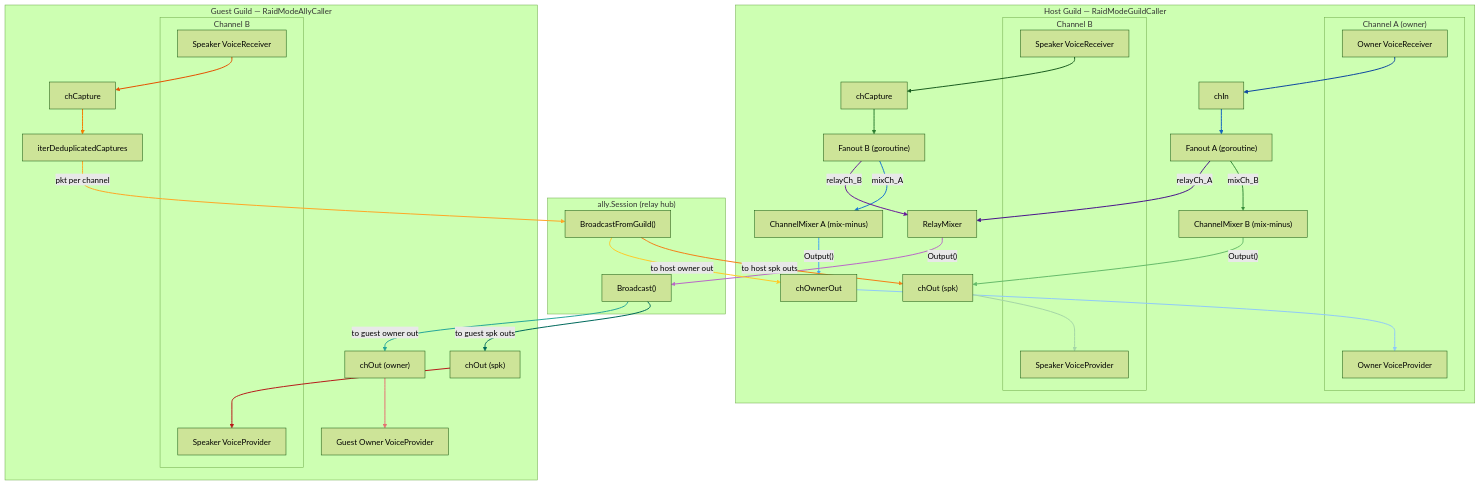
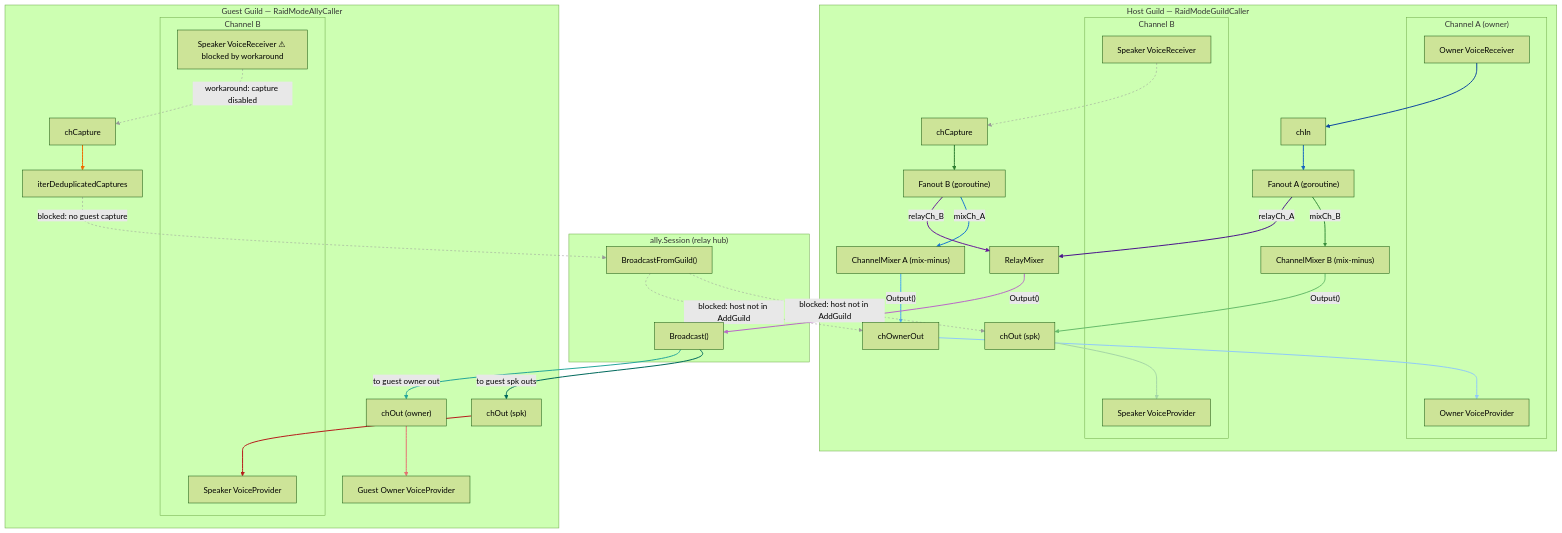
The third of 3 diagrams in VOICE_FLOW.md (sealbro/go-discord-caller), drawn with Mermaid (forest theme) before and after one commit. The commit also changed other lines of this file, not shown here.

Commit message:
docs: update voice flow

```diff
--- a/VOICE_FLOW.md
+++ b/VOICE_FLOW.md
@@ -281,7 +289,7 @@
 
     subgraph GUEST["Guest Guild — RaidModeAllyCaller"]
         subgraph GChB["Channel B"]
-            GSpkVR["Speaker VoiceReceiver"]
+            GSpkVR["Speaker VoiceReceiver ⚠ blocked by workaround"]
             GSpkVP["Speaker VoiceProvider"]
         end
         GOwnerVP["Guest Owner VoiceProvider"]
@@ -291,40 +299,41 @@
         GchOut["chOut (spk)"]
         GchOwnerOut["chOut (owner)"]
 
-        GSpkVR --> GchCap --> GDedup
+        GSpkVR -. "workaround: capture disabled" .-> GchCap
+        GchCap --> GDedup
         GchOut      --> GSpkVP
         GchOwnerOut --> GOwnerVP
     end
 
-    GDedup        -- "pkt per channel"    --> BroadcastFrom
+    GDedup        -. "blocked: no guest capture" .-> BroadcastFrom
     Broadcast     -- "to guest spk outs"  --> GchOut
     Broadcast     -- "to guest owner out" --> GchOwnerOut
-    BroadcastFrom -- "to host spk outs"   --> HchOut
-    BroadcastFrom -- "to host owner out"  --> HchOwnerOut
+    BroadcastFrom -. "blocked: host not in AddGuild" .-> HchOut
+    BroadcastFrom -. "blocked: host not in AddGuild" .-> HchOwnerOut
 
     %% link indices:
     %%  0  : HOwnerVR → HchIn
     %%  1  : HchIn → HFanA
-    %%  2  : HSpkVR → HchCap
+    %%  2  : HSpkVR → HchCap         (dashed — workaround)
     %%  3  : HchCap → HFanB
-    %%  4  : HFanA → HMixB          (Ch A src → Ch B mixer)
+    %%  4  : HFanA → HMixB
     %%  5  : HFanA → HRelayMix
-    %%  6  : HFanB → HMixA          (Ch B src → Ch A mixer)
+    %%  6  : HFanB → HMixA
     %%  7  : HFanB → HRelayMix
     %%  8  : HMixA → HchOwnerOut
     %%  9  : HchOwnerOut → HOwnerVP
     %%  10 : HMixB → HchOut
     %%  11 : HchOut → HSpkVP
     %%  12 : HRelayMix → Broadcast
-    %%  13 : GSpkVR → GchCap
+    %%  13 : GSpkVR → GchCap         (dashed — workaround)
     %%  14 : GchCap → GDedup
     %%  15 : GchOut → GSpkVP
     %%  16 : GchOwnerOut → GOwnerVP
-    %%  17 : GDedup → BroadcastFrom
+    %%  17 : GDedup → BroadcastFrom  (dashed — blocked)
     %%  18 : Broadcast → GchOut
     %%  19 : Broadcast → GchOwnerOut
-    %%  20 : BroadcastFrom → HchOut
-    %%  21 : BroadcastFrom → HchOwnerOut
+    %%  20 : BroadcastFrom → HchOut  (dashed — blocked)
+    %%  21 : BroadcastFrom → HchOwnerOut (dashed — blocked)
 
     %% Host Ch A (owner) — blue shades, dark→light
     linkStyle 0  stroke:#0d47a1,stroke-width:2px
@@ -334,7 +343,6 @@
     linkStyle 9  stroke:#90caf9,stroke-width:2px
 
     %% Host Ch B (speaker) — green shades, dark→light
-    linkStyle 2  stroke:#1b5e20,stroke-width:2px
     linkStyle 3  stroke:#2e7d32,stroke-width:2px
     linkStyle 4  stroke:#388e3c,stroke-width:2px
     linkStyle 10 stroke:#66bb6a,stroke-width:2px
@@ -345,18 +353,19 @@
     linkStyle 7  stroke:#6a1b9a,stroke-width:2px
     linkStyle 12 stroke:#ba68c8,stroke-width:2px
 
-    %% Guest capture path — orange shades, dark→light
-    linkStyle 13 stroke:#e65100,stroke-width:2px
-    linkStyle 14 stroke:#f57c00,stroke-width:2px
-    linkStyle 17 stroke:#ffa726,stroke-width:2px
+    %% Guest capture path (blocked) — grey dashed
+    linkStyle 2  stroke:#999,stroke-width:1px,stroke-dasharray:4
+    linkStyle 13 stroke:#999,stroke-width:1px,stroke-dasharray:4
+    linkStyle 14 stroke:#ef6c00,stroke-width:2px
+    linkStyle 17 stroke:#999,stroke-width:1px,stroke-dasharray:4
 
     %% Host → Guest broadcast — teal shades
     linkStyle 18 stroke:#00695c,stroke-width:2px
     linkStyle 19 stroke:#26a69a,stroke-width:2px
 
-    %% Guest → Host broadcast — gold shades
-    linkStyle 20 stroke:#f57f17,stroke-width:2px
-    linkStyle 21 stroke:#ffca28,stroke-width:2px
+    %% Guest → Host broadcast (blocked) — grey dashed
+    linkStyle 20 stroke:#999,stroke-width:1px,stroke-dasharray:4
+    linkStyle 21 stroke:#999,stroke-width:1px,stroke-dasharray:4
 
     %% Guest provider outputs — red shades
     linkStyle 15 stroke:#b71c1c,stroke-width:2px
```
